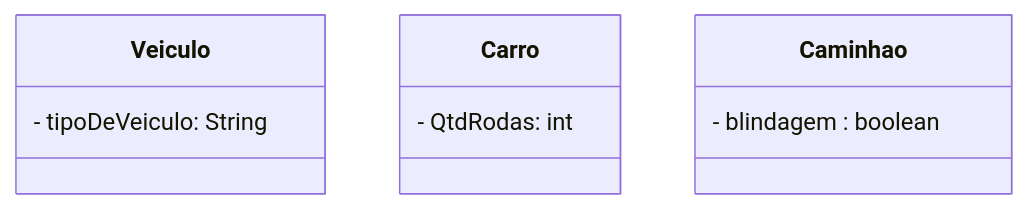
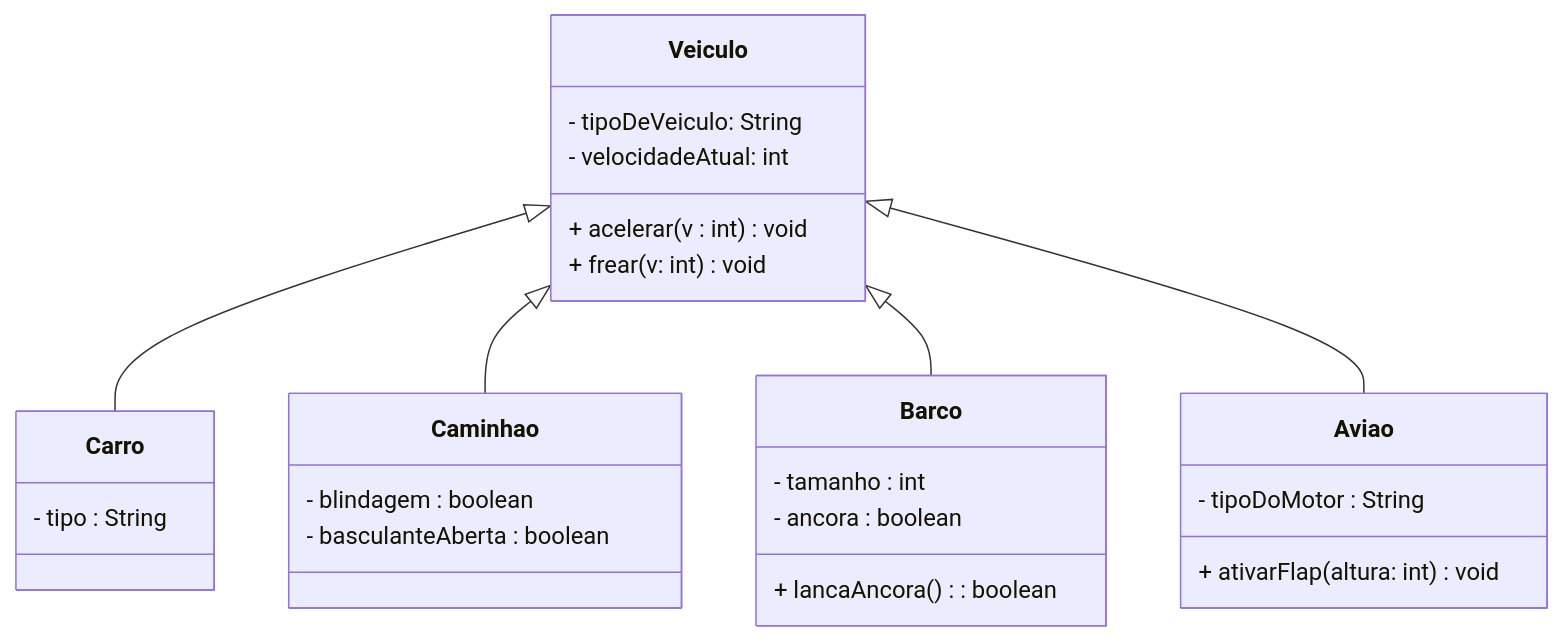
Before and after one commit to DeadPerquim/POO-ADS-2026_2: the third of 3 diagrams in aulas/2026-10-20-aula/exercicio1/readme.md, drawn with Mermaid. The commit also changed 17 other files, not shown here.

````diff
--- a/aulas/2026-10-20-aula/exercicio1/readme.md
+++ b/aulas/2026-10-20-aula/exercicio1/readme.md
@@ -72,14 +72,33 @@
 ```mermaid
 classDiagram
     class Veiculo{
         - tipoDeVeiculo: String
+        - velocidadeAtual: int
+        + acelerar(v : int) void
+        + frear(v: int) void
     }
     
     class Carro{
-        - QtdRodas: int
+        - tipo : String
         
     }
     class Caminhao{
         - blindagem : boolean
+        - basculanteAberta : boolean
     }
+    
+    class Barco{
+        - tamanho : int
+        - ancora : boolean
+        + lancaAncora(): boolean
+    }
+    class Aviao{
+        - tipoDoMotor : String
+        + ativarFlap(altura: int) void
+    }
+    
+    Veiculo <|-- Carro
+    Veiculo <|-- Caminhao
+    Veiculo <|-- Barco
+    Veiculo <|-- Aviao
 ```
````
